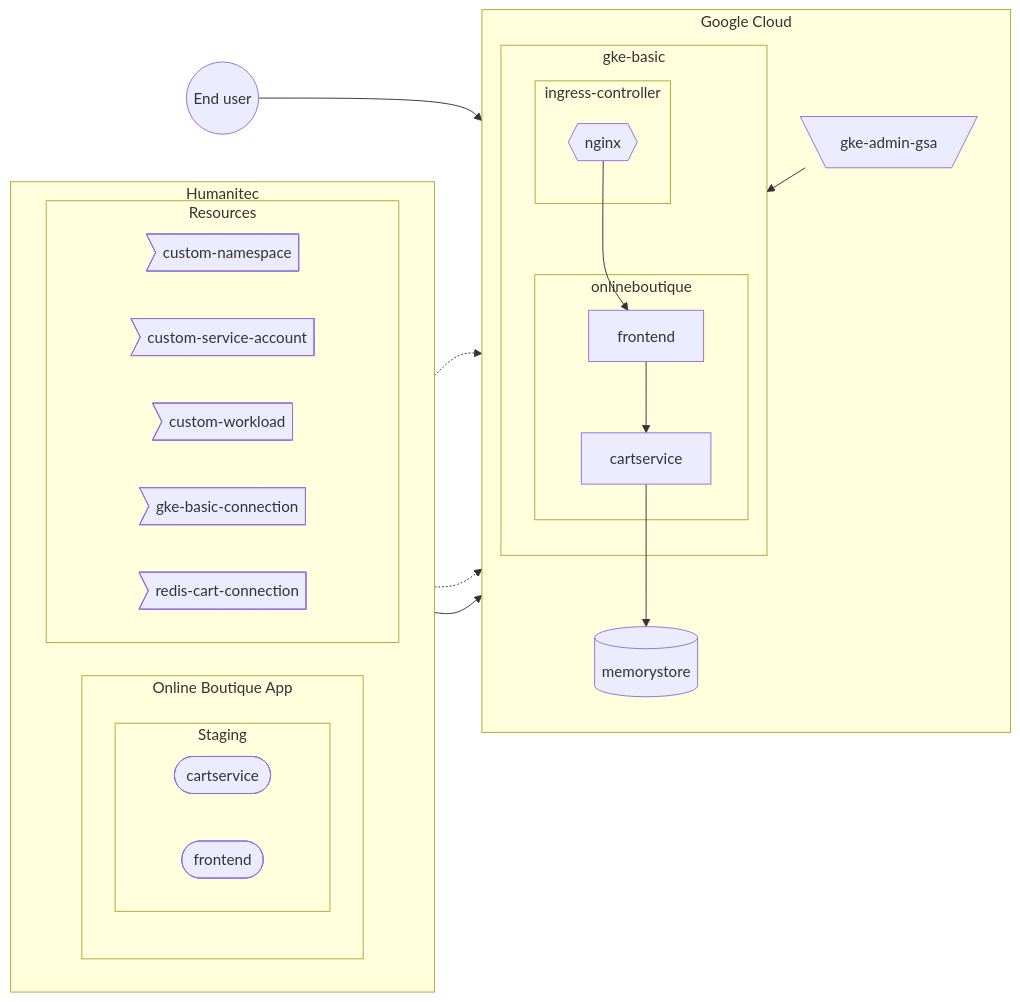
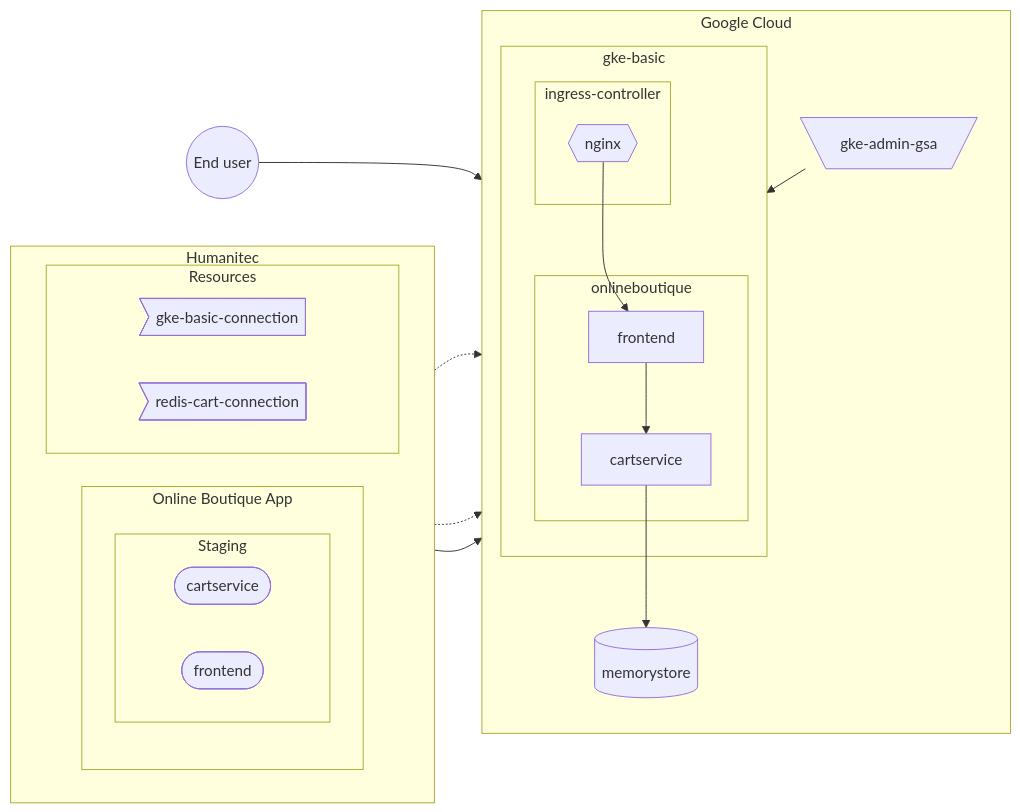
Before and after one commit to mathieu-benoit/hello-humanitec: the diagram in docs/gke-basic.md, drawn with Mermaid. The commit also changed 1 other file, not shown here.

Commit message:
remove common pieces from gke-basic and gke-advanced for simplification

````diff
--- a/docs/gke-basic.md
+++ b/docs/gke-basic.md
@@ -15,39 +15,36 @@
 ```mermaid
 flowchart LR
   subgraph Humanitec
     direction LR
     subgraph onlineboutique-app [Online Boutique App]
       subgraph Staging
         direction LR
         cartservice-workload([cartservice])
         frontend-workload([frontend])
       end
     end
     subgraph Resources
-        custom-namespace>custom-namespace]
-        custom-service-account>custom-service-account]
-        custom-workload>custom-workload]
         gke-basic-connection>gke-basic-connection]
         redis-cart-connection>redis-cart-connection]
     end
   end
   subgraph Google Cloud
     direction TB
     subgraph gke-basic
         subgraph ingress-controller
             nginx{{nginx}}
         end
         subgraph onlineboutique
             frontend-->cartservice
         end
         nginx-->frontend
     end
     gke-admin-gsa[\gke-admin-gsa/]
     gke-basic-connection-.->gke-admin-gsa
     gke-admin-gsa-->gke-basic
     redis-cart-connection-.->memorystore[(memorystore)]
     onlineboutique-app-->onlineboutique
     cartservice-->memorystore
   end
   enduser((End user))-->nginx
 ```
````
